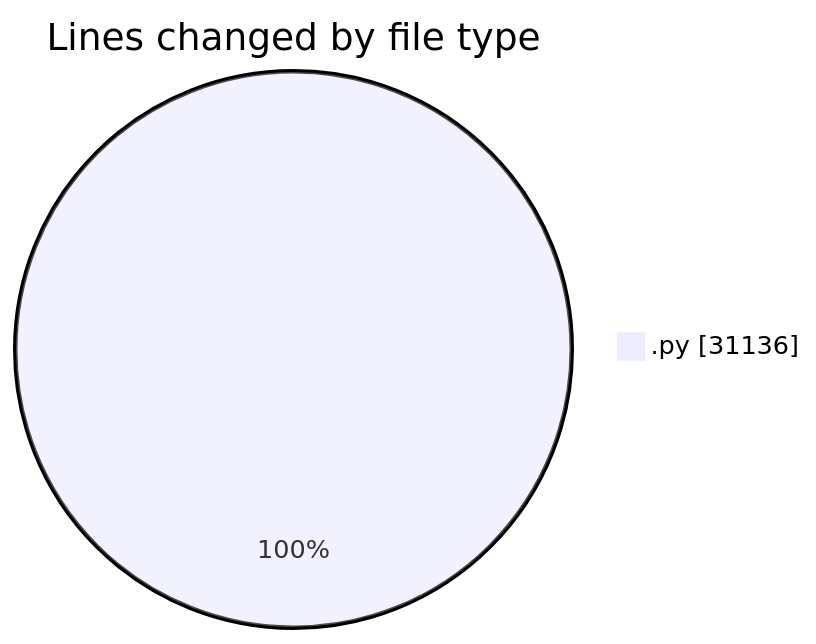
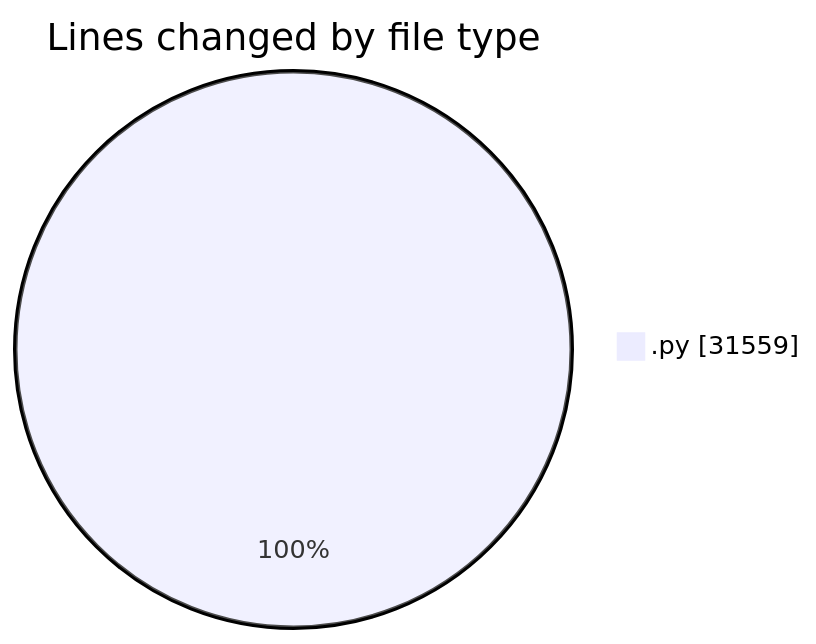
The first of 2 diagrams in 2025-11-14/eventscop-api-guide__workspace_/README.md (julien-gomy/code-tracking), drawn with Mermaid before and after one commit. The commit also changed other lines of this file and 1 other file, not shown here.

````diff
--- a/2025-11-14/eventscop-api-guide__workspace_/README.md
+++ b/2025-11-14/eventscop-api-guide__workspace_/README.md
@@ -25,5 +27,5 @@
 ```mermaid
 pie showData
 title Lines changed by file type
-".py" : 31136
+".py" : 31559
 ```
````
